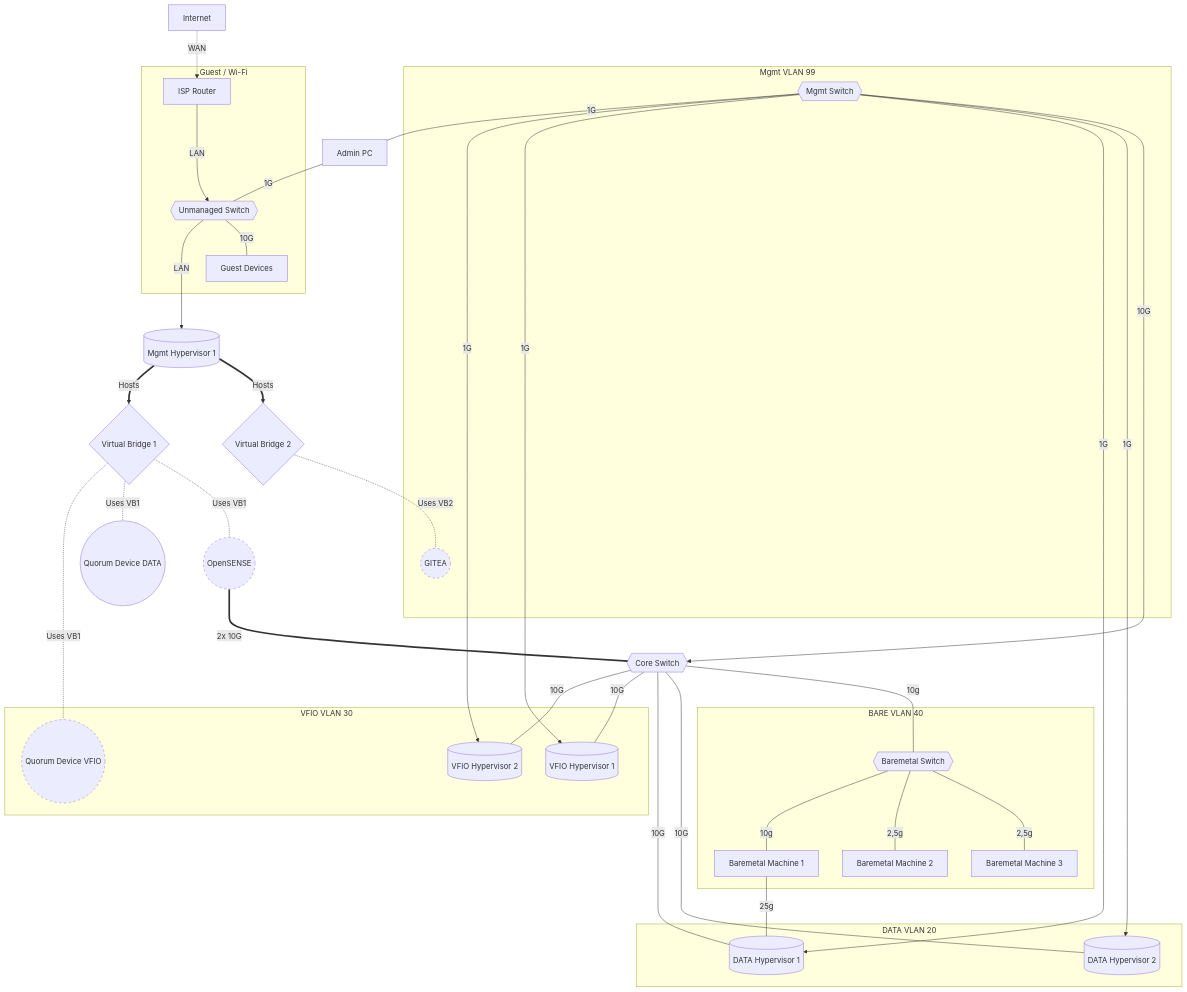
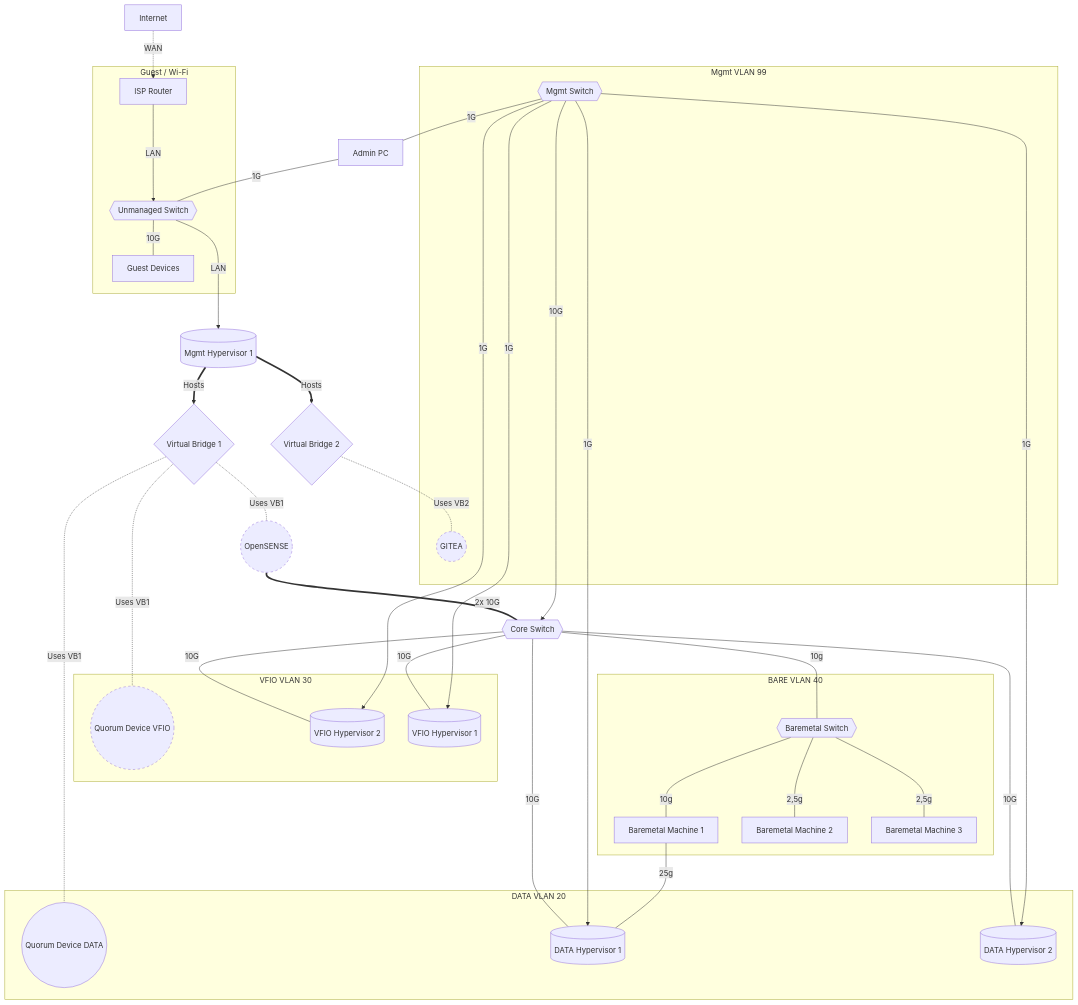
Before and after one commit to woeiru/lab: the diagram in alp/netop.md, drawn with Mermaid.

Commit message:
standard

````diff
--- a/alp/netop.md
+++ b/alp/netop.md
@@ -3,57 +3,58 @@
 ```mermaid
 graph TD
     INT[Internet] -.-> |WAN| ISPR[ISP Router]
     ISPR ---> |LAN| US
     US{{Unmanaged Switch}} ---> |LAN| MH1[(Mgmt Hypervisor 1)]
     VB1{Virtual Bridge 1} -.- |"Uses VB1"| QDV((Quorum Device VFIO))
     VB1{Virtual Bridge 1} -.- |"Uses VB1"| QDD((Quorum Device DATA))
     VB1 -.- |"Uses VB1"| OPN((OpenSENSE))
     OPN ===|"2x 10G"| CS{{Core Switch}}
     MS{{Mgmt Switch}} ---|"1G"| APC[Admin PC]
     APC ---|"1G"| US
     MH1 ==>|"Hosts"| VB1
     MH1 ==>|"Hosts"| VB2{Virtual Bridge 2}
     VB2 -.- |"Uses VB2"| GIT((GITEA))
     CS ---|"10G"| VH2[(VFIO Hypervisor 2)]
     MS --->|"1G"| VH2
     US ---|"10G"| GD[Guest Devices]
     CS ---|"10G"| VH1[(VFIO Hypervisor 1)]
     MS --->|"1G"| VH1
     CS ---|"10G"| DH1[(DATA Hypervisor 1)]
     CS ---|"10G"| DH2[(DATA Hypervisor 2)]
     MS --->|"1G"| DH1
     MS --->|"1G"| DH2
     MS --->|"10G"| CS
     CS ---|"10g"| BMS{{Baremetal Switch}}
     BMS ---|"10g"| BM1[Baremetal Machine 1]
     BM1 ---|"25g"| DH1
     BMS ---|"2,5g"| BM2[Baremetal Machine 2]
     BMS ---|"2,5g"| BM3[Baremetal Machine 3]
     subgraph VLAN20 [DATA VLAN 20]
         DH1
         DH2
+        QDD
     end
     subgraph VLAN30 [VFIO VLAN 30]
         VH1
         VH2
         QDV
     end
     subgraph VLAN40 [BARE VLAN 40]
        BMS
        BM1 
        BM2 
        BM3 
     end
 
     subgraph VLAN99 [Mgmt VLAN 99]
         MS
         GIT
     end
     subgraph Guest [Guest / Wi-Fi]
         ISPR
         GD
         US
     end
     classDef punctuated stroke-dasharray: 5 5;
     class GIT,QDV,OPN punctuated;
 ```
````
